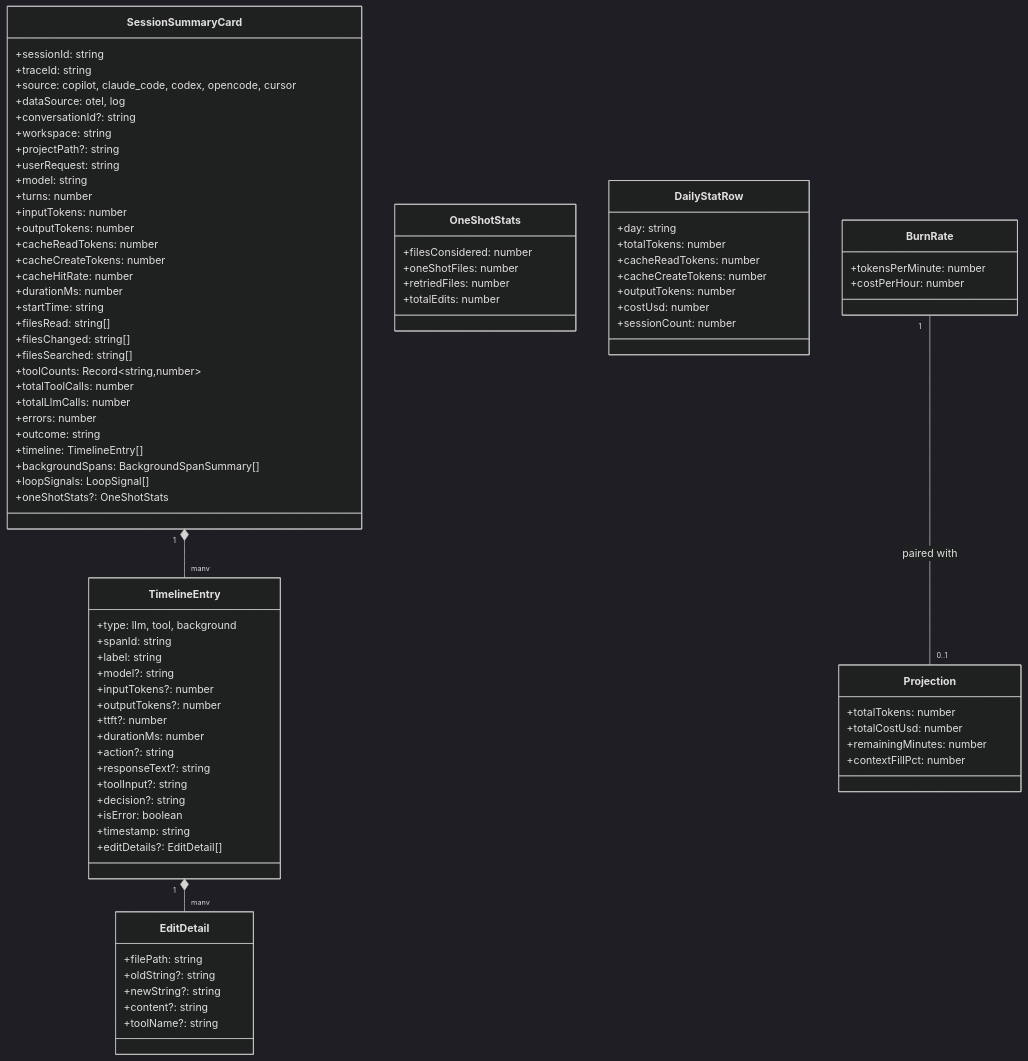
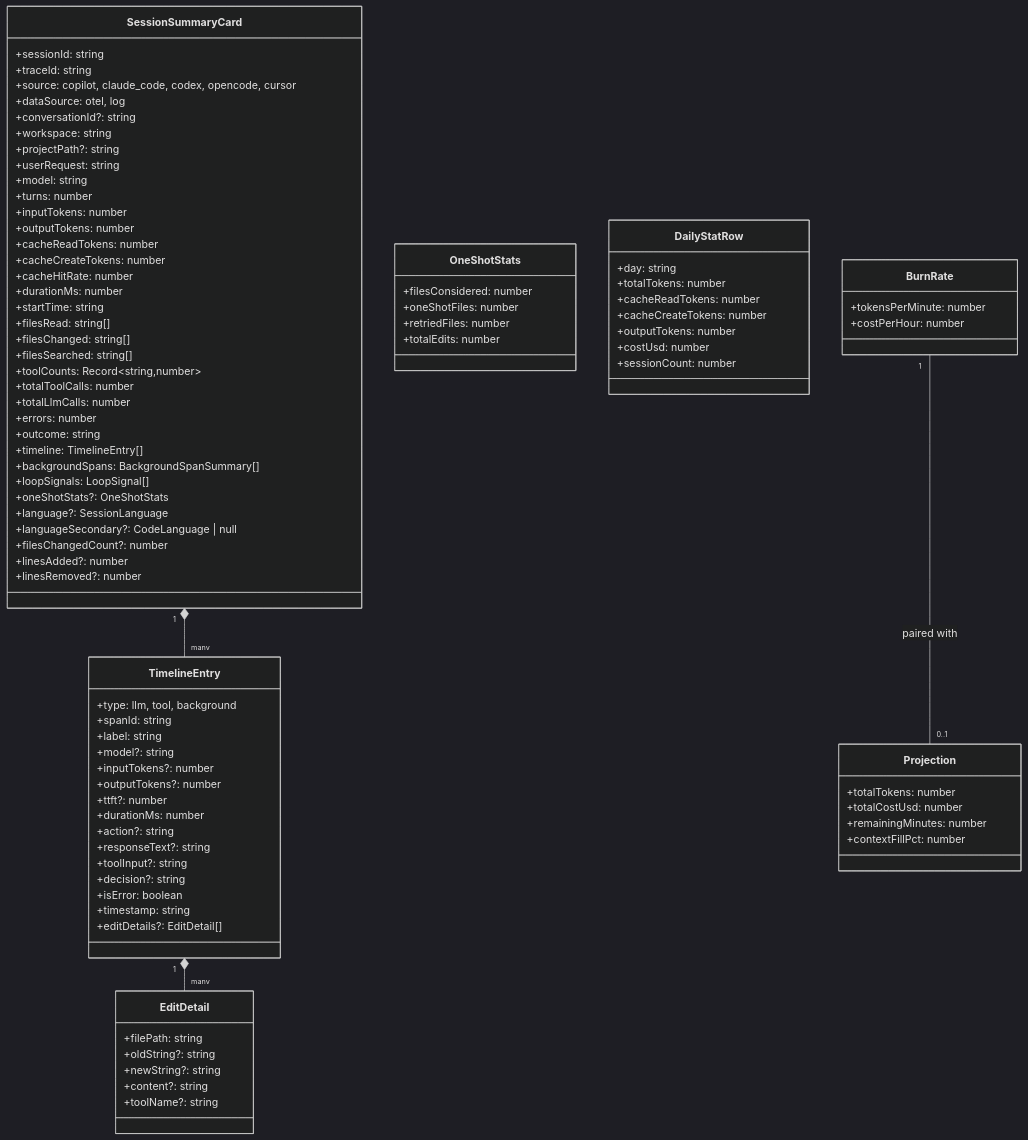
Before and after one commit to traceroost/core: diagram 12 of 20 in ARCHITECTURE.md, drawn with Mermaid (dark theme). The commit also changed other lines of this file and 48 other files, not shown here.

```diff
--- a/ARCHITECTURE.md
+++ b/ARCHITECTURE.md
@@ -658,6 +673,11 @@
         +backgroundSpans: BackgroundSpanSummary[]
         +loopSignals: LoopSignal[]
         +oneShotStats?: OneShotStats
+        +language?: SessionLanguage
+        +languageSecondary?: CodeLanguage | null
+        +filesChangedCount?: number
+        +linesAdded?: number
+        +linesRemoved?: number
     }
 
     class OneShotStats {
```
